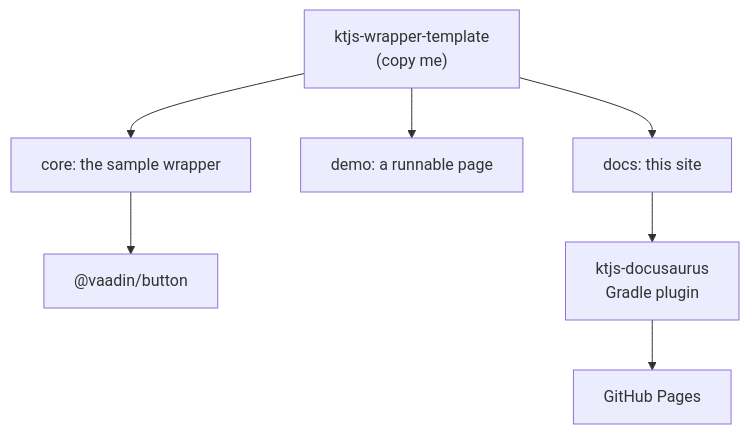
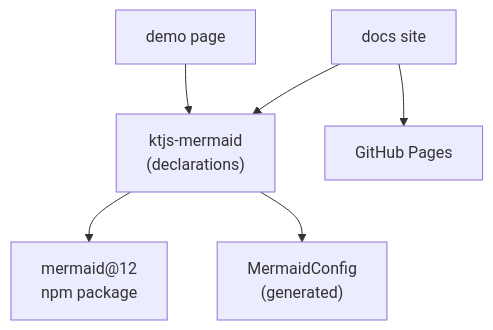
One commit to shijianjs/ktjs-mermaid changed the diagram in docs/src/jsMain/resources/docs/intro.md. Above: the diagram before and after it, drawn with Mermaid. The commit also changed other lines of this file and 51 other files, not shown here.

````diff
--- a/docs/src/jsMain/resources/docs/intro.md
+++ b/docs/src/jsMain/resources/docs/intro.md
@@ -33,9 +41,8 @@
 ```mermaid
 flowchart TB
-  T["ktjs-wrapper-template<br/>(copy me)"] --> C["core: the sample wrapper"]
-  T --> D["demo: a runnable page"]
-  T --> G["docs: this site"]
-  C --> V["@vaadin/button"]
-  G --> B["ktjs-docusaurus<br/>Gradle plugin"]
-  B --> P["GitHub Pages"]
+  A["ktjs-mermaid<br/>(declarations)"] --> B["mermaid@12<br/>npm package"]
+  D["demo page"] --> A
+  G["docs site"] --> A
+  G --> P["GitHub Pages"]
+  A --> R["MermaidConfig<br/>(generated)"]
 ```
````
